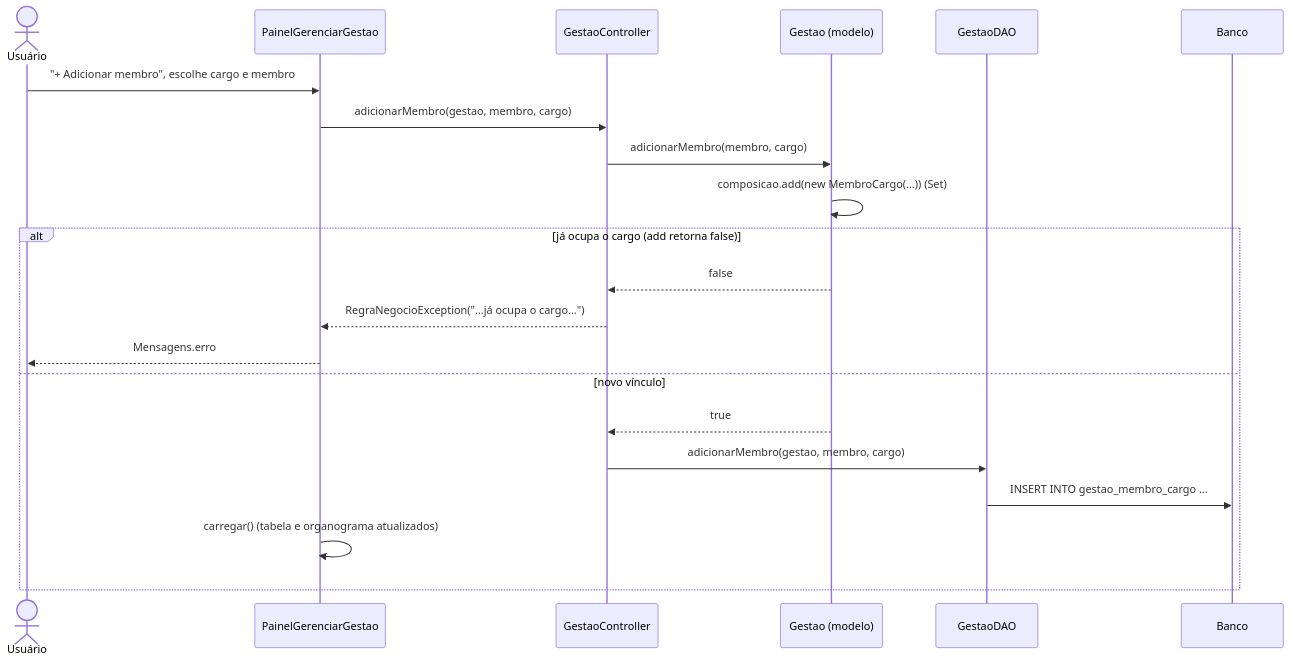
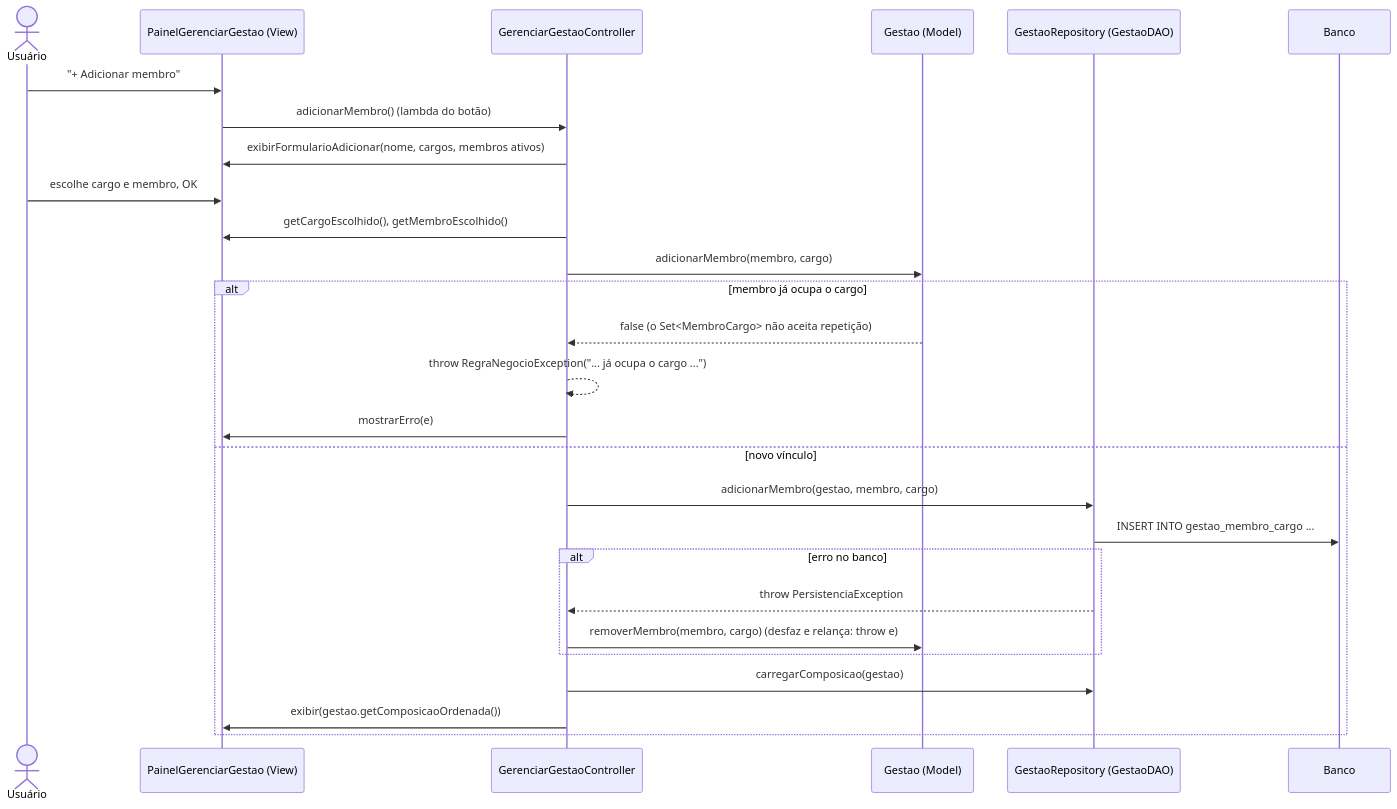
The fifth of 13 diagrams in docs/diagramas/sequencia.md (mheloisawitt/Athletiza), drawn with Mermaid before and after one commit. The commit also changed other lines of this file and 196 other files, not shown here.

````diff
--- a/docs/diagramas/sequencia.md
+++ b/docs/diagramas/sequencia.md
@@ -151,24 +174,30 @@
 ```mermaid
 sequenceDiagram
     actor U as Usuário
-    participant V as PainelGerenciarGestao
-    participant C as GestaoController
-    participant M as Gestao (modelo)
-    participant D as GestaoDAO
+    participant V as PainelGerenciarGestao (View)
+    participant C as GerenciarGestaoController
+    participant M as Gestao (Model)
+    participant R as GestaoRepository (GestaoDAO)
     participant B as Banco
 
-    U->>V: "+ Adicionar membro", escolhe cargo e membro
-    V->>C: adicionarMembro(gestao, membro, cargo)
+    U->>V: "+ Adicionar membro"
+    V->>C: adicionarMembro() (lambda do botão)
+    C->>V: exibirFormularioAdicionar(nome, cargos, membros ativos)
+    U->>V: escolhe cargo e membro, OK
+    C->>V: getCargoEscolhido(), getMembroEscolhido()
     C->>M: adicionarMembro(membro, cargo)
-    M->>M: composicao.add(new MembroCargo(...)) (Set)
-    alt já ocupa o cargo (add retorna false)
-        M-->>C: false
-        C-->>V: RegraNegocioException("...já ocupa o cargo...")
-        V-->>U: Mensagens.erro
+    alt membro já ocupa o cargo
+        M-->>C: false (o Set<MembroCargo> não aceita repetição)
+        C-->>C: throw RegraNegocioException("... já ocupa o cargo ...")
+        C->>V: mostrarErro(e)
     else novo vínculo
-        M-->>C: true
-        C->>D: adicionarMembro(gestao, membro, cargo)
-        D->>B: INSERT INTO gestao_membro_cargo ...
-        V->>V: carregar() (tabela e organograma atualizados)
+        C->>R: adicionarMembro(gestao, membro, cargo)
+        R->>B: INSERT INTO gestao_membro_cargo ...
+        alt erro no banco
+            R-->>C: throw PersistenciaException
+            C->>M: removerMembro(membro, cargo) (desfaz e relança: throw e)
+        end
+        C->>R: carregarComposicao(gestao)
+        C->>V: exibir(gestao.getComposicaoOrdenada())
     end
 ```
````
